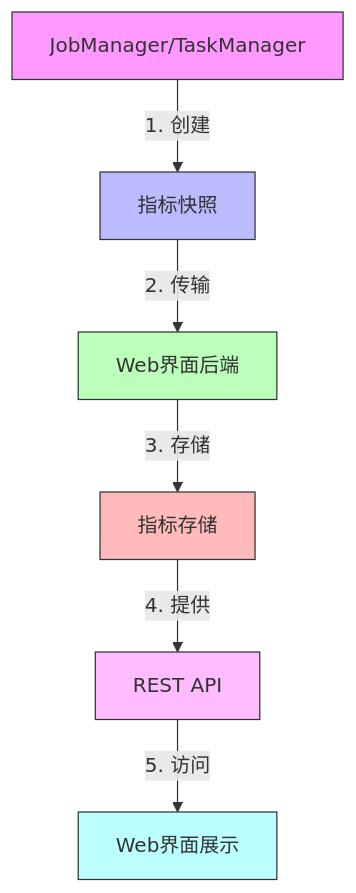
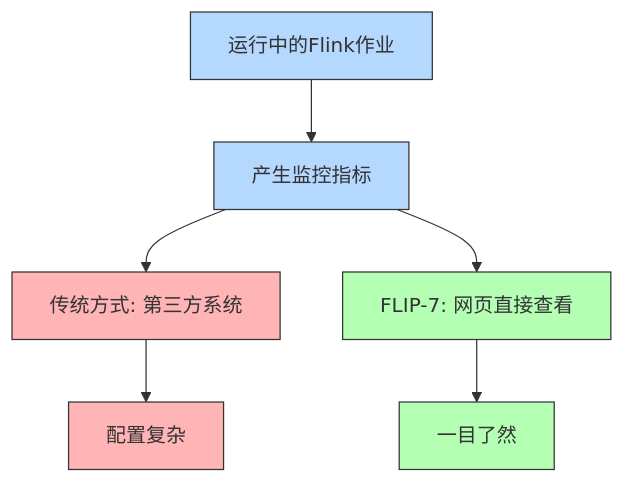
The first of 2 diagrams in flip-7.md (gnuhpc/flip-series), drawn with Mermaid before and after one commit. The commit also changed other lines of this file and 5 other files, not shown here.

````diff
--- a/flip-7.md
+++ b/flip-7.md
@@ -13,15 +9,15 @@
 ```mermaid
 graph TD
-    A[JobManager/TaskManager] -->|1. 创建| B[指标快照]
-    B -->|2. 传输| C[Web界面后端]
-    C -->|3. 存储| D[指标存储]
-    D -->|4. 提供| E[REST API]
-    E -->|5. 访问| F[Web界面展示]
+    A[运行中的Flink作业] --> B[产生监控指标]
+    B --> C[传统方式: 第三方系统]
+    B --> D[FLIP-7: 网页直接查看]
+    C --> E[配置复杂]
+    D --> F[一目了然]
     
-    style A fill:#f9f,stroke:#333
-    style B fill:#bbf,stroke:#333
-    style C fill:#bfb,stroke:#333
-    style D fill:#fbb,stroke:#333
-    style E fill:#fbf,stroke:#333
-    style F fill:#bff,stroke:#333
+    style A fill:#b5d8ff,stroke:#333
+    style B fill:#b5d8ff,stroke:#333
+    style C fill:#ffb5b5,stroke:#333
+    style D fill:#b5ffb5,stroke:#333
+    style E fill:#ffb5b5,stroke:#333
+    style F fill:#b5ffb5,stroke:#333
 ```
````
